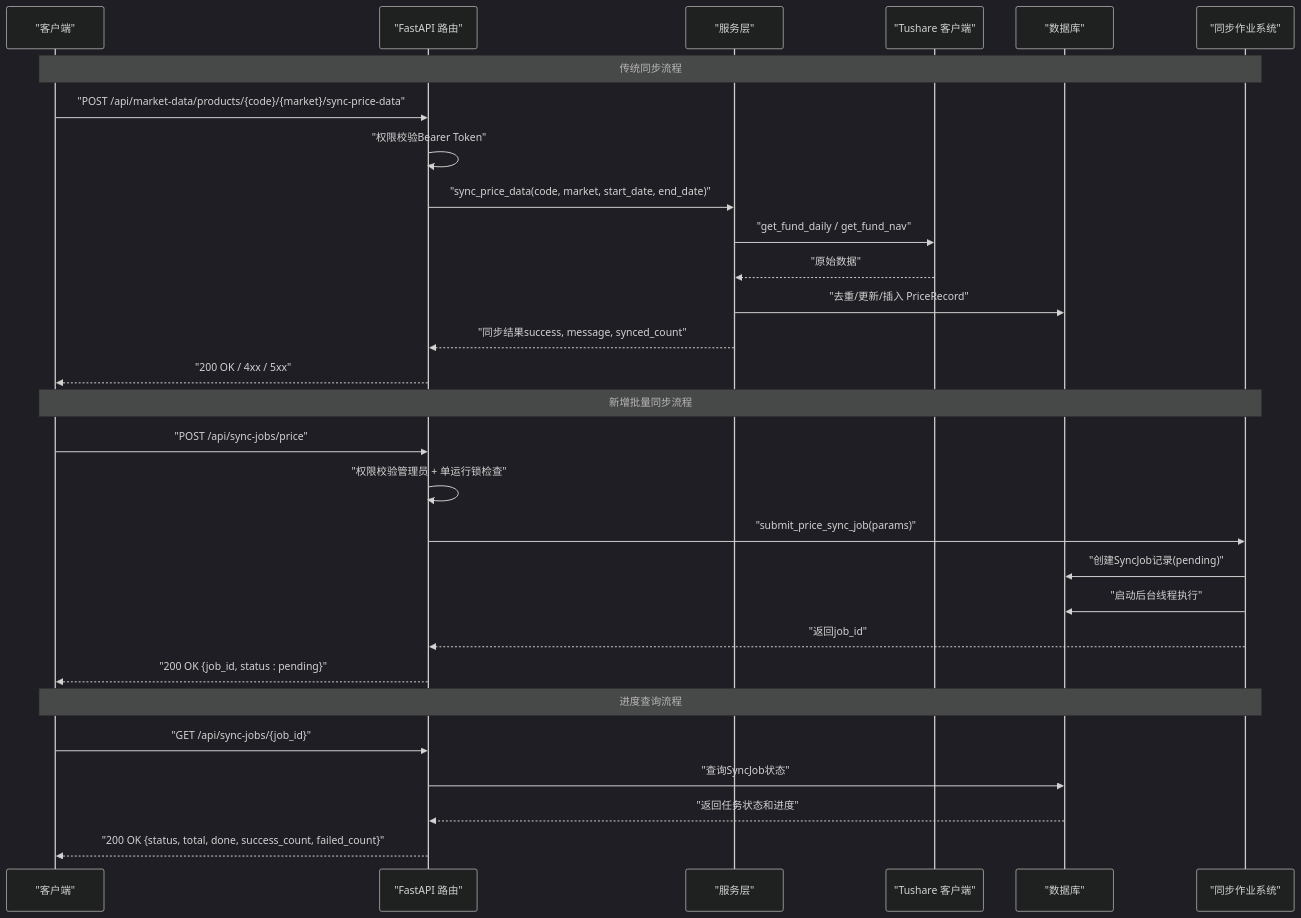
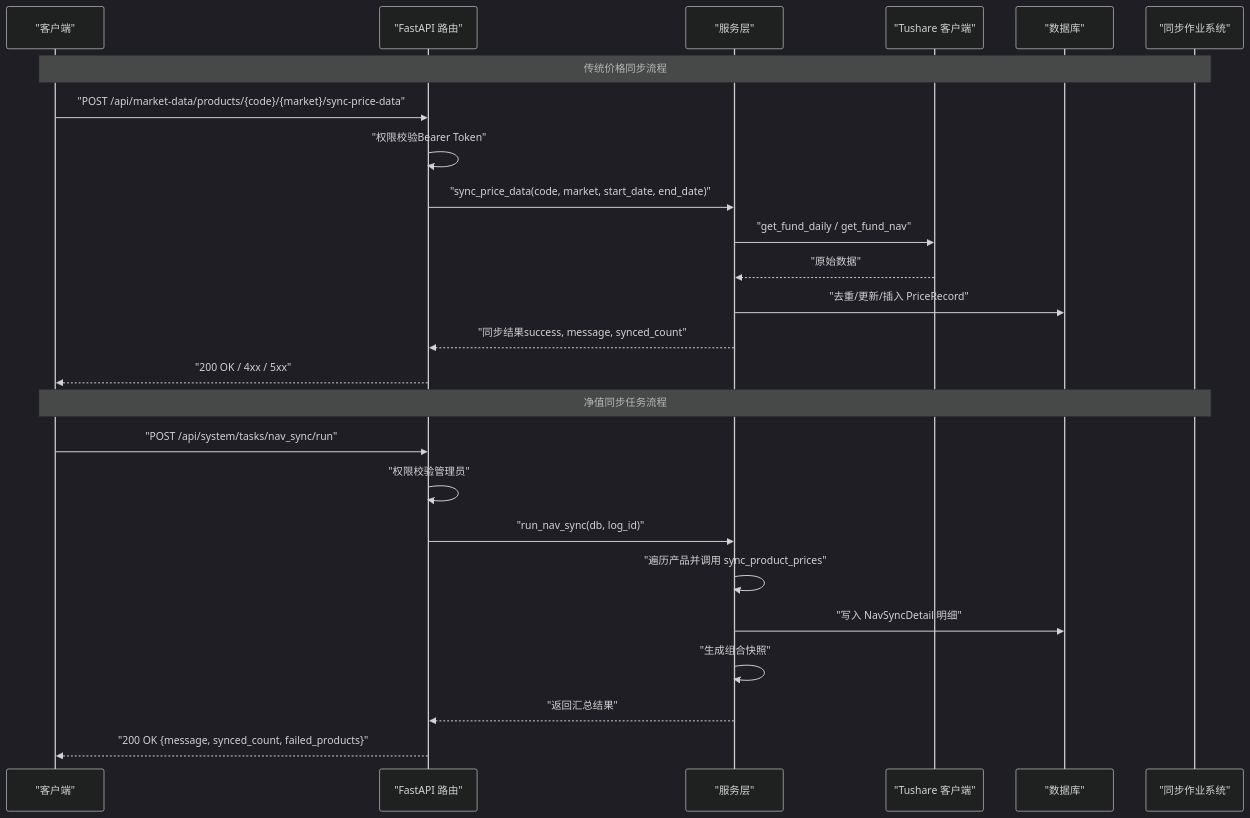
Before and after one commit to gujialind/InvestRing: the second of 9 diagrams in .qoder/repowiki/zh/content/后端API文档/数据同步API.md, drawn with Mermaid (dark theme). The commit also changed other lines of this file and 65 other files, not shown here.

````diff
--- a/.qoder/repowiki/zh/content/后端API文档/数据同步API.md
+++ b/.qoder/repowiki/zh/content/后端API文档/数据同步API.md
@@ -168,31 +176,27 @@
 ```mermaid
 sequenceDiagram
 participant C as "客户端"
 participant API as "FastAPI 路由"
 participant SVC as "服务层"
 participant TS as "Tushare 客户端"
 participant DB as "数据库"
 participant JOB as "同步作业系统"
-Note over C,JOB : 传统同步流程
+Note over C,JOB : 传统价格同步流程
 C->>API : "POST /api/market-data/products/{code}/{market}/sync-price-data"
 API->>API : "权限校验Bearer Token"
 API->>SVC : "sync_price_data(code, market, start_date, end_date)"
 SVC->>TS : "get_fund_daily / get_fund_nav"
 TS-->>SVC : "原始数据"
 SVC->>DB : "去重/更新/插入 PriceRecord"
 SVC-->>API : "同步结果success, message, synced_count"
 API-->>C : "200 OK / 4xx / 5xx"
-Note over C,JOB : 新增批量同步流程
-C->>API : "POST /api/sync-jobs/price"
-API->>API : "权限校验管理员 + 单运行锁检查"
-API->>JOB : "submit_price_sync_job(params)"
-JOB->>DB : "创建SyncJob记录(pending)"
-JOB->>DB : "启动后台线程执行"
-JOB-->>API : "返回job_id"
-API-->>C : "200 OK {job_id, status : pending}"
-Note over C,JOB : 进度查询流程
-C->>API : "GET /api/sync-jobs/{job_id}"
-API->>DB : "查询SyncJob状态"
-DB-->>API : "返回任务状态和进度"
-API-->>C : "200 OK {status, total, done, success_count, failed_count}"
+Note over C,JOB : 净值同步任务流程
+C->>API : "POST /api/system/tasks/nav_sync/run"
+API->>API : "权限校验管理员"
+API->>SVC : "run_nav_sync(db, log_id)"
+SVC->>SVC : "遍历产品并调用 sync_product_prices"
+SVC->>DB : "写入 NavSyncDetail 明细"
+SVC->>SVC : "生成组合快照"
+SVC-->>API : "返回汇总结果"
+API-->>C : "200 OK {message, synced_count, failed_products}"
 ```
````
